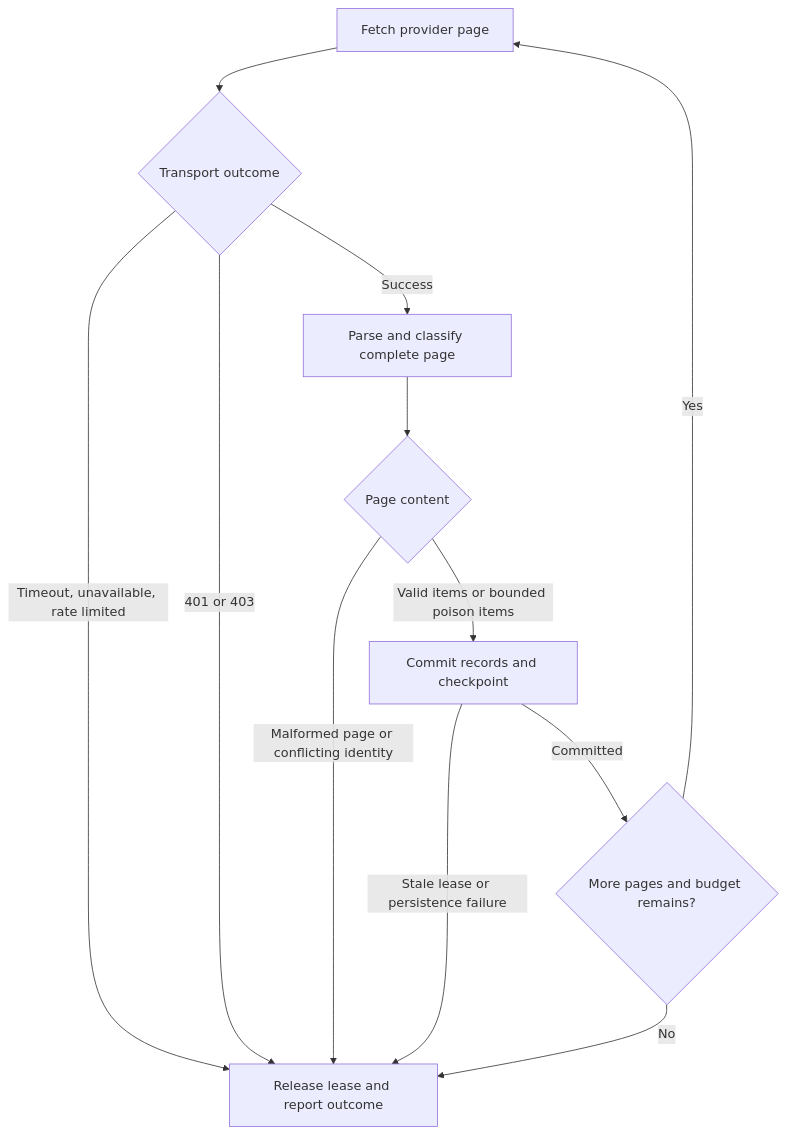
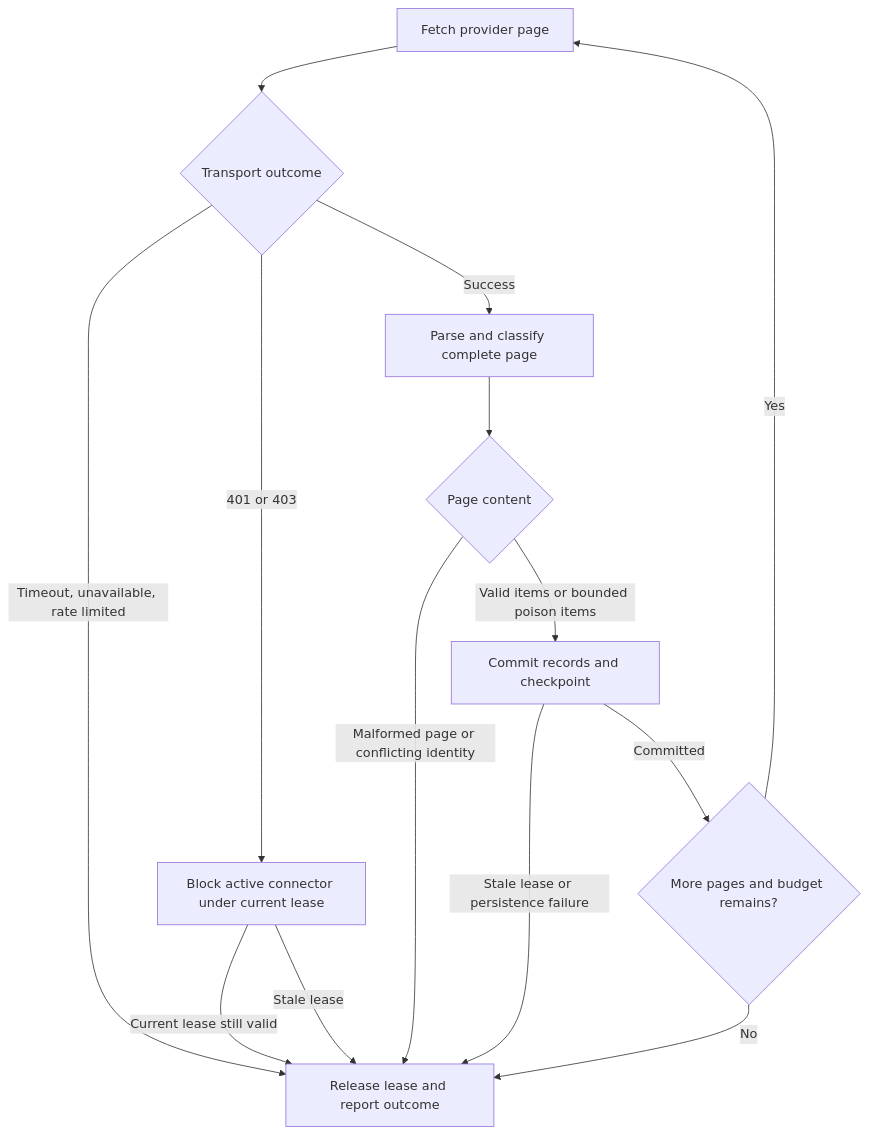
The fourth of 4 diagrams in docs/erp-b-polling.md (PietroRussoD/commerce-integration-hub), drawn with Mermaid before and after one commit. The commit also changed other lines of this file and 12 other files, not shown here.

````diff
--- a/docs/erp-b-polling.md
+++ b/docs/erp-b-polling.md
@@ -99,22 +99,25 @@
 ```mermaid
 flowchart TD
     Fetch[Fetch provider page]
     Transport{Transport outcome}
     Classify[Parse and classify complete page]
     Content{Page content}
     Commit[Commit records and checkpoint]
+    Block[Block active connector under current lease]
     Continue{More pages and budget remains?}
     Stop[Release lease and report outcome]
 
     Fetch --> Transport
     Transport -->|Success| Classify
     Transport -->|Timeout, unavailable, rate limited| Stop
-    Transport -->|401 or 403| Stop
+    Transport -->|401 or 403| Block
+    Block -->|Current lease still valid| Stop
+    Block -->|Stale lease| Stop
     Classify --> Content
     Content -->|Valid items or bounded poison items| Commit
     Content -->|Malformed page or conflicting identity| Stop
     Commit -->|Stale lease or persistence failure| Stop
     Commit -->|Committed| Continue
     Continue -->|Yes| Fetch
     Continue -->|No| Stop
 ```
````
